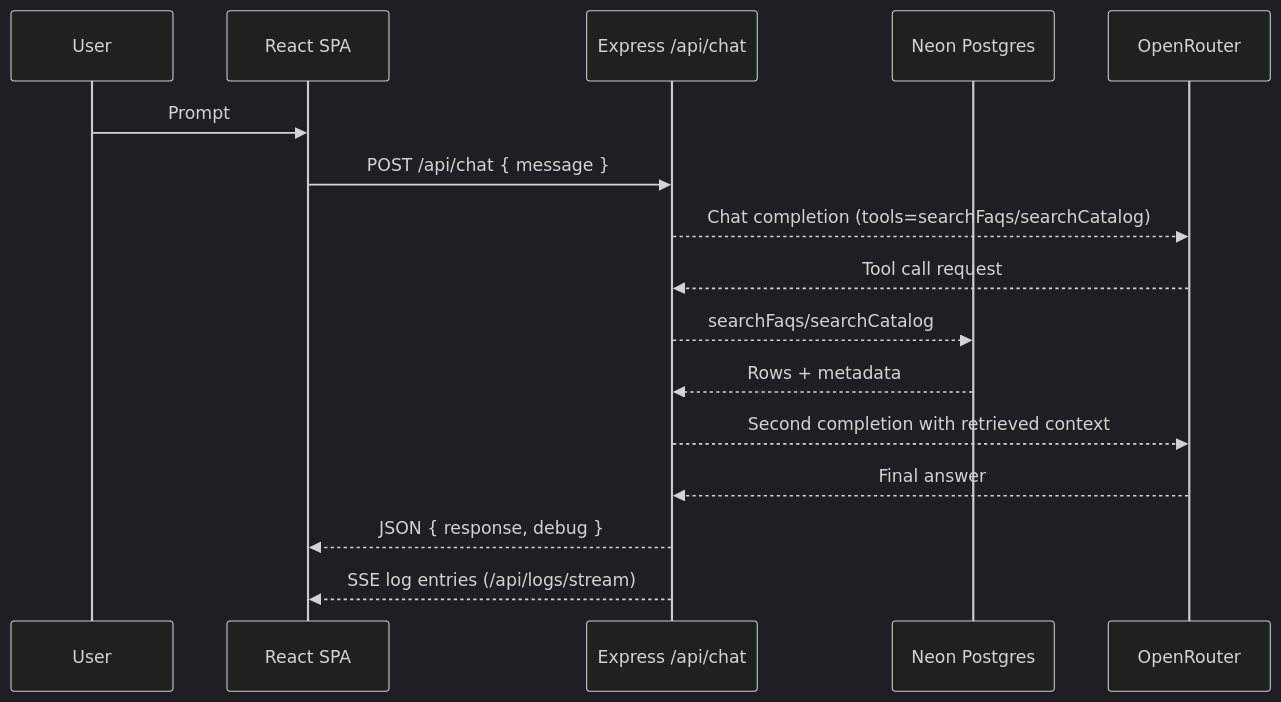
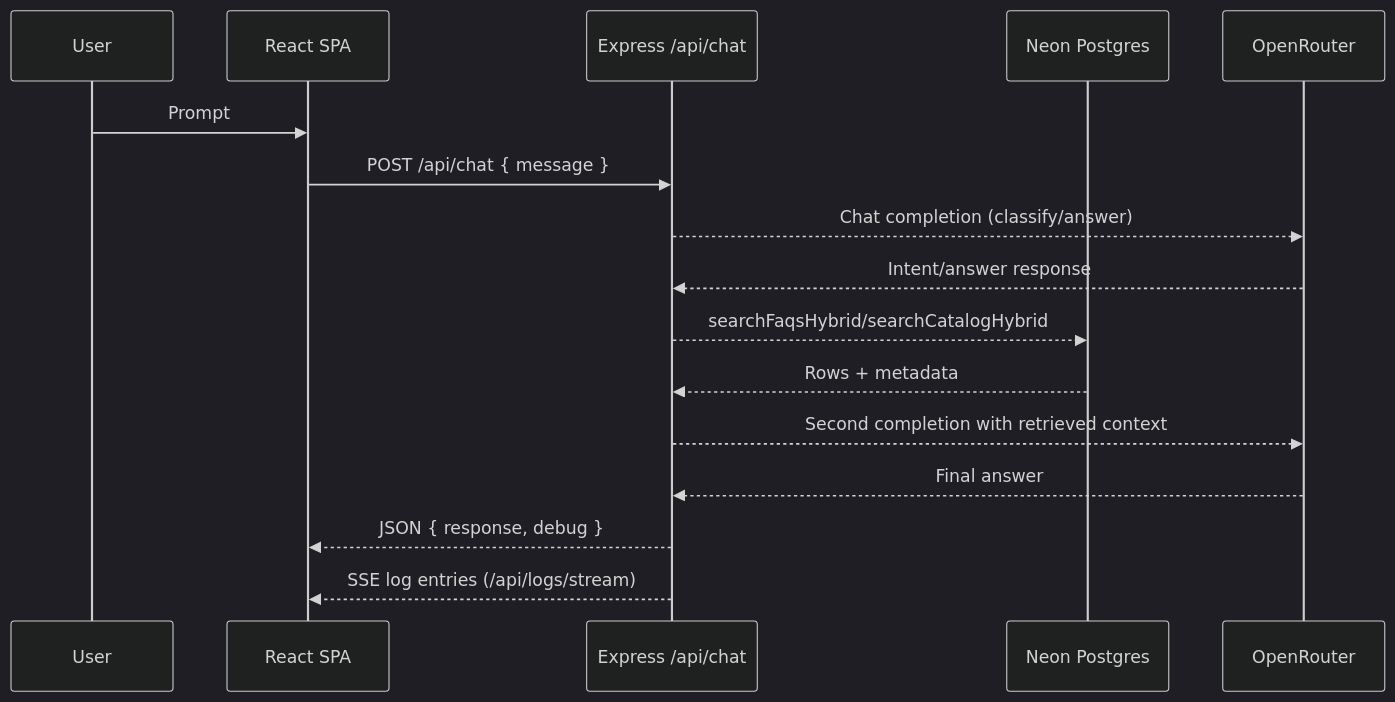
One commit to ffbdm/OpenRouterRAG1 changed the diagram in .context/docs/architecture.md. Above: the diagram before and after it, drawn with Mermaid (dark theme). The commit also changed other lines of this file and 14 other files, not shown here.

First line of the commit message:
feat: implement hybrid FAQ search with embeddings and lexical fallback

````diff
--- a/.context/docs/architecture.md
+++ b/.context/docs/architecture.md
@@ -43,19 +43,19 @@
 ```mermaid
 sequenceDiagram
 	participant U as User
 	participant SPA as React SPA
 	participant API as Express /api/chat
 	participant DB as Neon Postgres
 	participant OR as OpenRouter
 
 	U->>SPA: Prompt
 	SPA->>API: POST /api/chat { message }
-	API-->>OR: Chat completion (tools=searchFaqs/searchCatalog)
-	OR-->>API: Tool call request
-	API-->>DB: searchFaqs/searchCatalog
+	API-->>OR: Chat completion (classify/answer)
+	OR-->>API: Intent/answer response
+	API-->>DB: searchFaqsHybrid/searchCatalogHybrid
 	DB-->>API: Rows + metadata
 	API-->>OR: Second completion with retrieved context
 	OR-->>API: Final answer
 	API-->>SPA: JSON { response, debug }
 	API-->>SPA: SSE log entries (/api/logs/stream)
 ```
````
